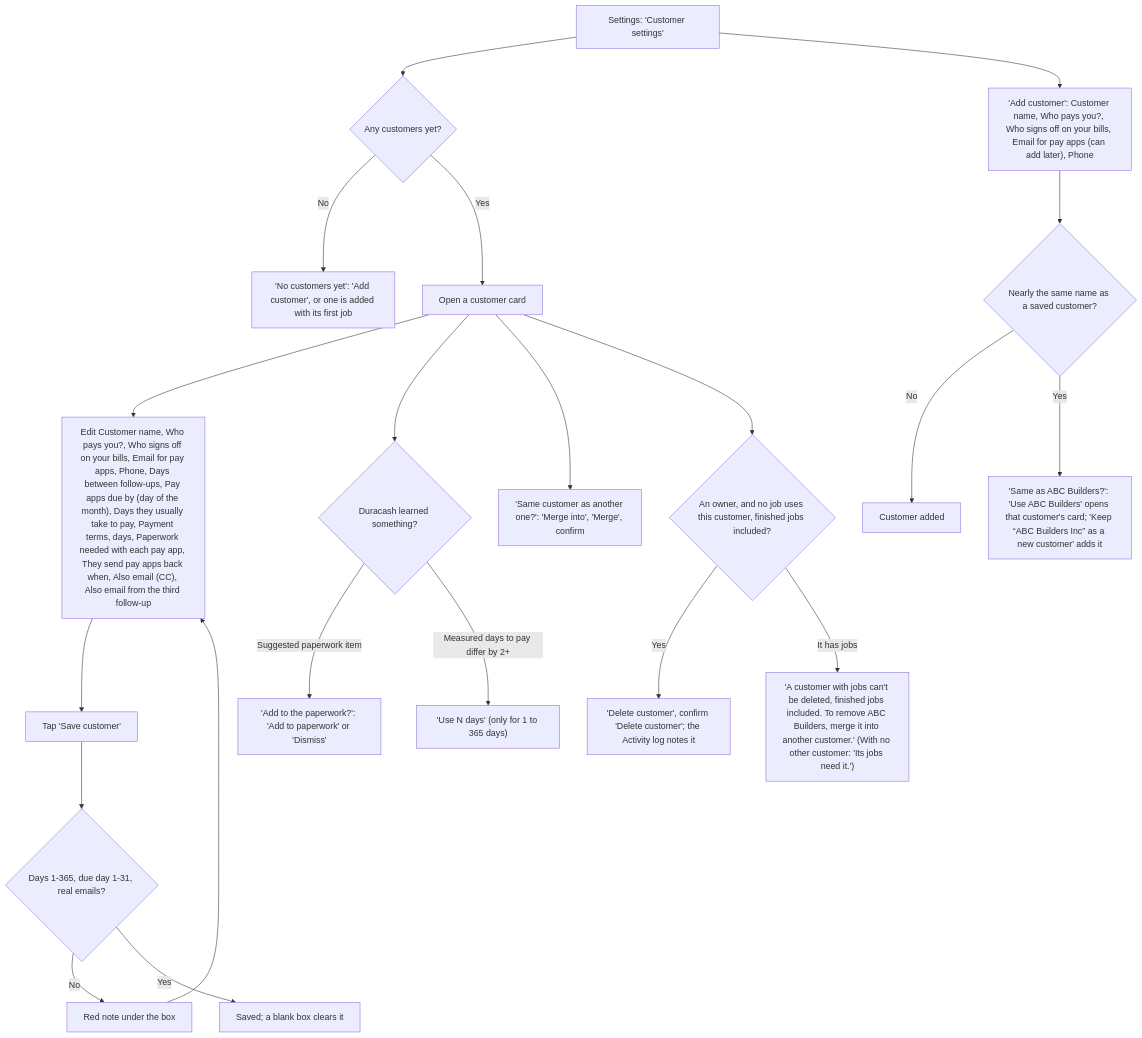
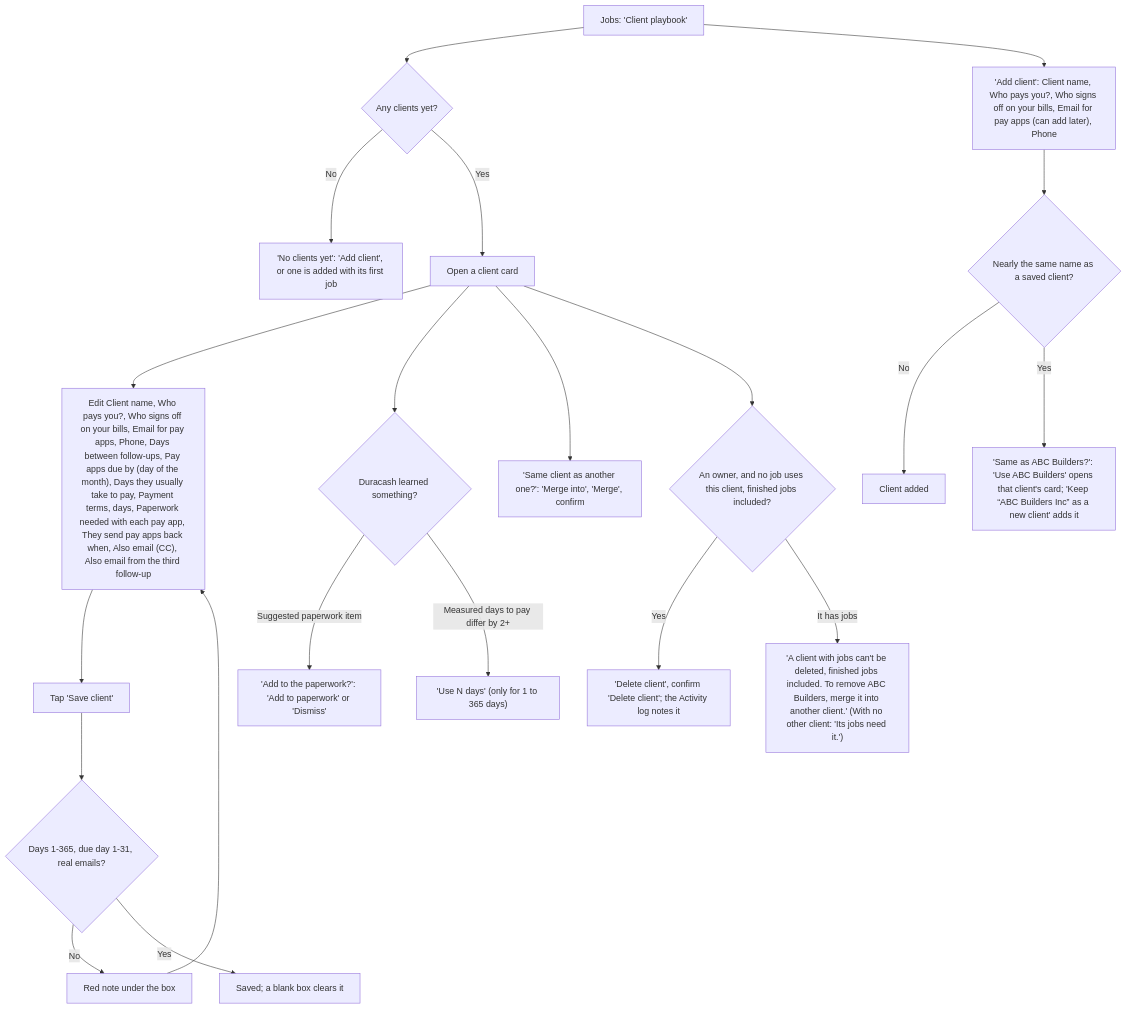
Diagram 15 of 15 in docs/client-flows.md (cartwrightstephen/billdable), drawn with Mermaid before and after one commit. The commit also changed other lines of this file, not shown here.

First line of the commit message:
Flows doc: the seven sections, Client wording, and references to the split modules

````diff
--- a/docs/client-flows.md
+++ b/docs/client-flows.md
@@ -536,23 +540,23 @@
 ```mermaid
 flowchart TD
-    A["Settings: 'Customer settings'"] --> B{"Any customers yet?"}
-    B -->|"No"| C["'No customers yet': 'Add customer', or one is added with its first job"]
-    B -->|"Yes"| D["Open a customer card"]
-    A --> AC["'Add customer': Customer name, Who pays you?, Who signs off on your bills, Email for pay apps (can add later), Phone"]
-    AC --> AN{"Nearly the same name as a saved customer?"}
-    AN -->|"No"| AD["Customer added"]
-    AN -->|"Yes"| AQ["'Same as ABC Builders?': 'Use ABC Builders' opens that customer's card; 'Keep “ABC Builders Inc” as a new customer' adds it"]
-    D --> E["Edit Customer name, Who pays you?, Who signs off on your bills, Email for pay apps, Phone, Days between follow-ups, Pay apps due by (day of the month), Days they usually take to pay, Payment terms, days, Paperwork needed with each pay app, They send pay apps back when, Also email (CC), Also email from the third follow-up"]
-    E --> F["Tap 'Save customer'"]
+    A["Jobs: 'Client playbook'"] --> B{"Any clients yet?"}
+    B -->|"No"| C["'No clients yet': 'Add client', or one is added with its first job"]
+    B -->|"Yes"| D["Open a client card"]
+    A --> AC["'Add client': Client name, Who pays you?, Who signs off on your bills, Email for pay apps (can add later), Phone"]
+    AC --> AN{"Nearly the same name as a saved client?"}
+    AN -->|"No"| AD["Client added"]
+    AN -->|"Yes"| AQ["'Same as ABC Builders?': 'Use ABC Builders' opens that client's card; 'Keep “ABC Builders Inc” as a new client' adds it"]
+    D --> E["Edit Client name, Who pays you?, Who signs off on your bills, Email for pay apps, Phone, Days between follow-ups, Pay apps due by (day of the month), Days they usually take to pay, Payment terms, days, Paperwork needed with each pay app, They send pay apps back when, Also email (CC), Also email from the third follow-up"]
+    E --> F["Tap 'Save client'"]
     F --> G{"Days 1-365, due day 1-31, real emails?"}
     G -->|"No"| H["Red note under the box"]
     H --> E
     G -->|"Yes"| I["Saved; a blank box clears it"]
     D --> J{"Duracash learned something?"}
     J -->|"Suggested paperwork item"| K["'Add to the paperwork?': 'Add to paperwork' or 'Dismiss'"]
     J -->|"Measured days to pay differ by 2+"| L["'Use N days' (only for 1 to 365 days)"]
-    D --> MG["'Same customer as another one?': 'Merge into', 'Merge', confirm"]
-    D --> DL{"An owner, and no job uses this customer, finished jobs included?"}
-    DL -->|"Yes"| DY["'Delete customer', confirm 'Delete customer'; the Activity log notes it"]
-    DL -->|"It has jobs"| DN["'A customer with jobs can't be deleted, finished jobs included. To remove ABC Builders, merge it into another customer.' (With no other customer: 'Its jobs need it.')"]
+    D --> MG["'Same client as another one?': 'Merge into', 'Merge', confirm"]
+    D --> DL{"An owner, and no job uses this client, finished jobs included?"}
+    DL -->|"Yes"| DY["'Delete client', confirm 'Delete client'; the Activity log notes it"]
+    DL -->|"It has jobs"| DN["'A client with jobs can't be deleted, finished jobs included. To remove ABC Builders, merge it into another client.' (With no other client: 'Its jobs need it.')"]
 ```
````
